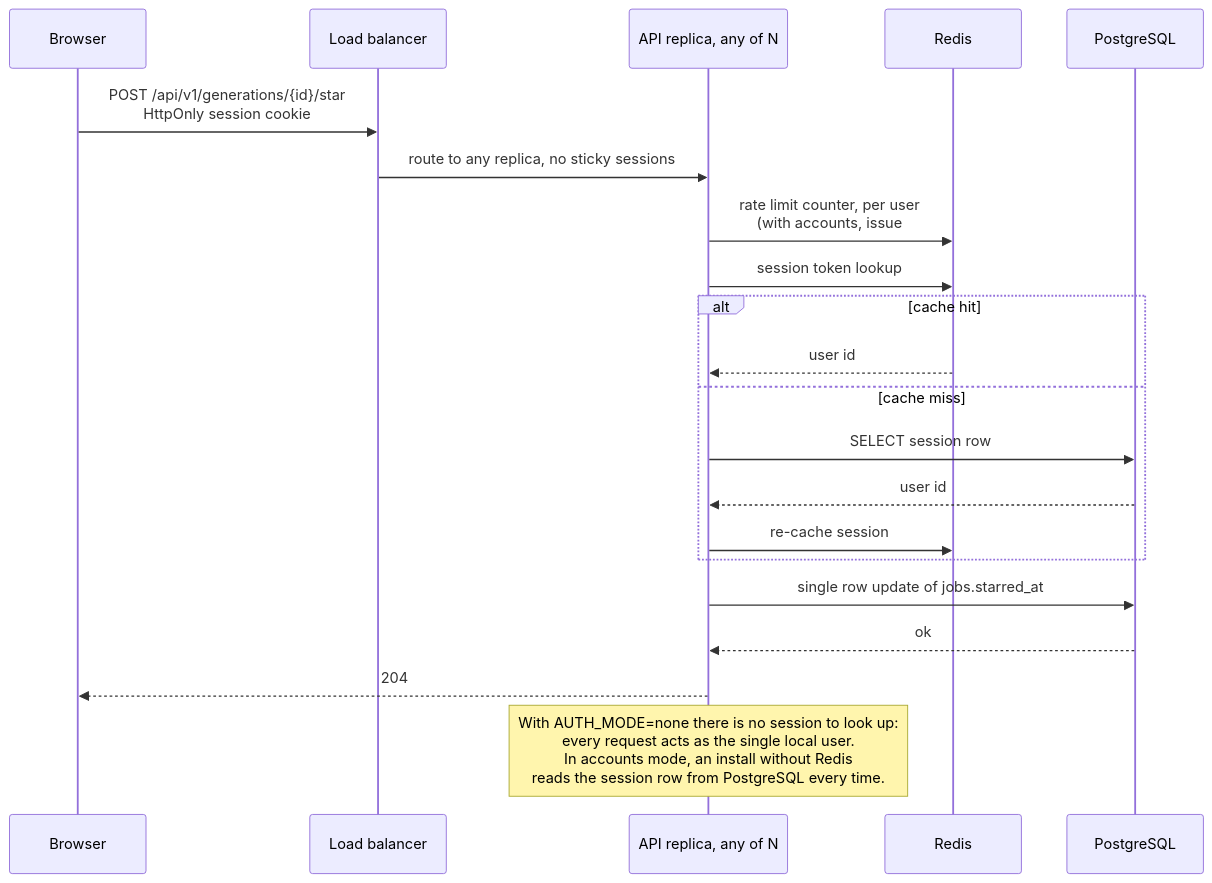
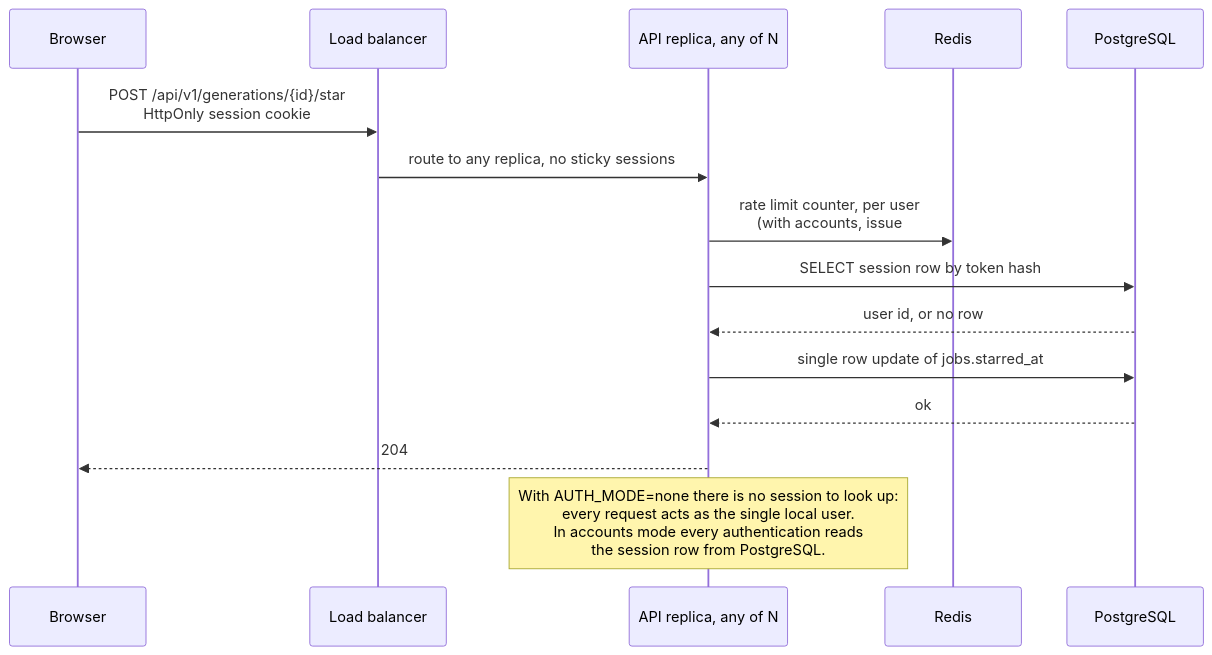
Diagram 13 of 16 in docs/architecture.md (Portocolom-Studio/potocolom), drawn with Mermaid before and after one commit. The commit also changed other lines of this file and 5 other files, not shown here.

````diff
--- a/docs/architecture.md
+++ b/docs/architecture.md
@@ -527,23 +526,17 @@
 ```mermaid
 sequenceDiagram
     participant B as Browser
     participant LB as Load balancer
     participant A as API replica, any of N
     participant R as Redis
     participant P as PostgreSQL
     B->>LB: POST /api/v1/generations/{id}/star<br>HttpOnly session cookie
     LB->>A: route to any replica, no sticky sessions
     A->>R: rate limit counter, per user<br>(with accounts, issue #5)
-    A->>R: session token lookup
-    alt cache hit
-        R-->>A: user id
-    else cache miss
-        A->>P: SELECT session row
-        P-->>A: user id
-        A->>R: re-cache session
-    end
+    A->>P: SELECT session row by token hash
+    P-->>A: user id, or no row
     A->>P: single row update of jobs.starred_at
     P-->>A: ok
     A-->>B: 204
-    note over A: With AUTH_MODE=none there is no session to look up:<br>every request acts as the single local user.<br>In accounts mode, an install without Redis<br>reads the session row from PostgreSQL every time.
+    note over A: With AUTH_MODE=none there is no session to look up:<br>every request acts as the single local user.<br>In accounts mode every authentication reads<br>the session row from PostgreSQL.
 ```
````
